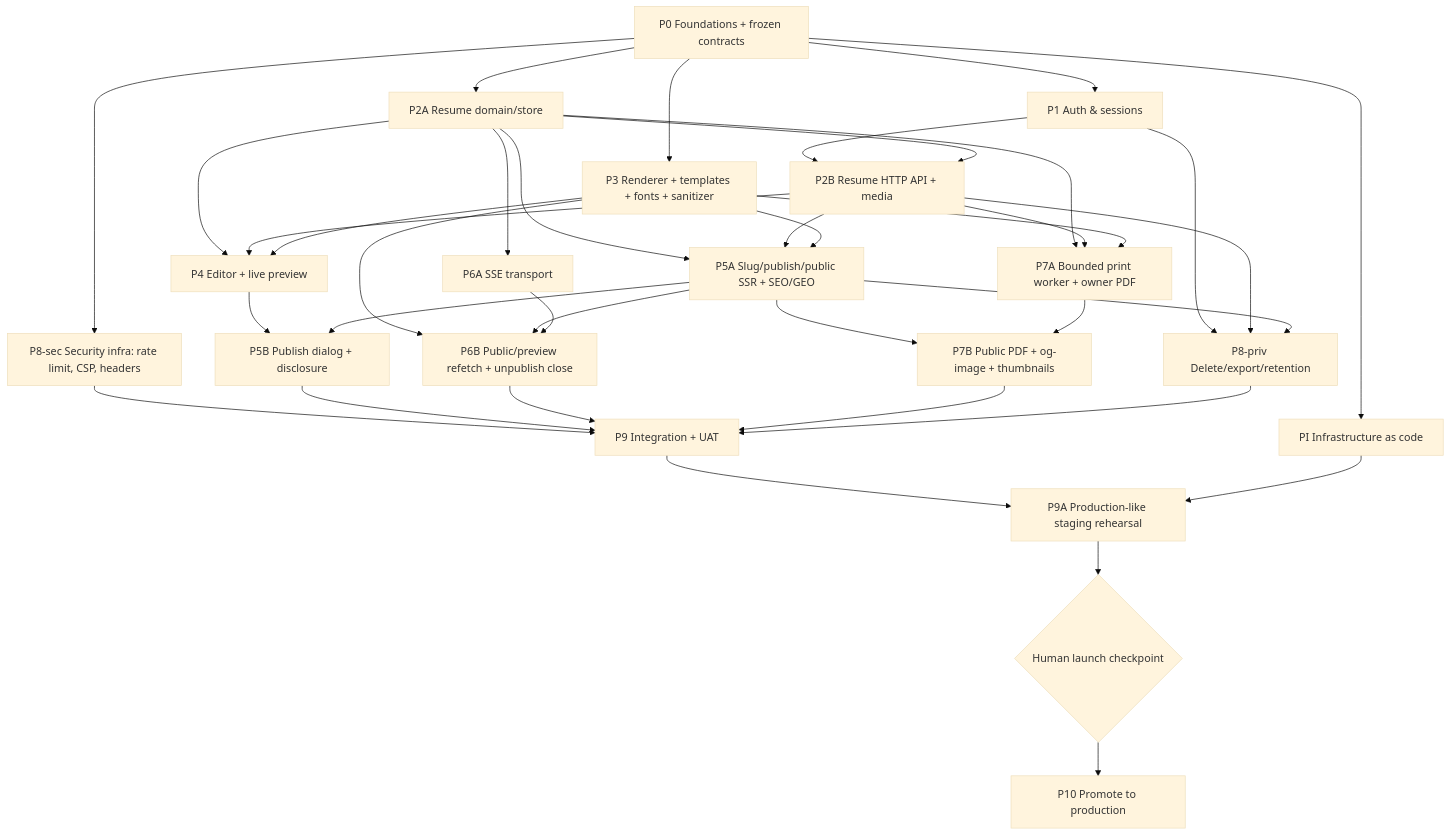
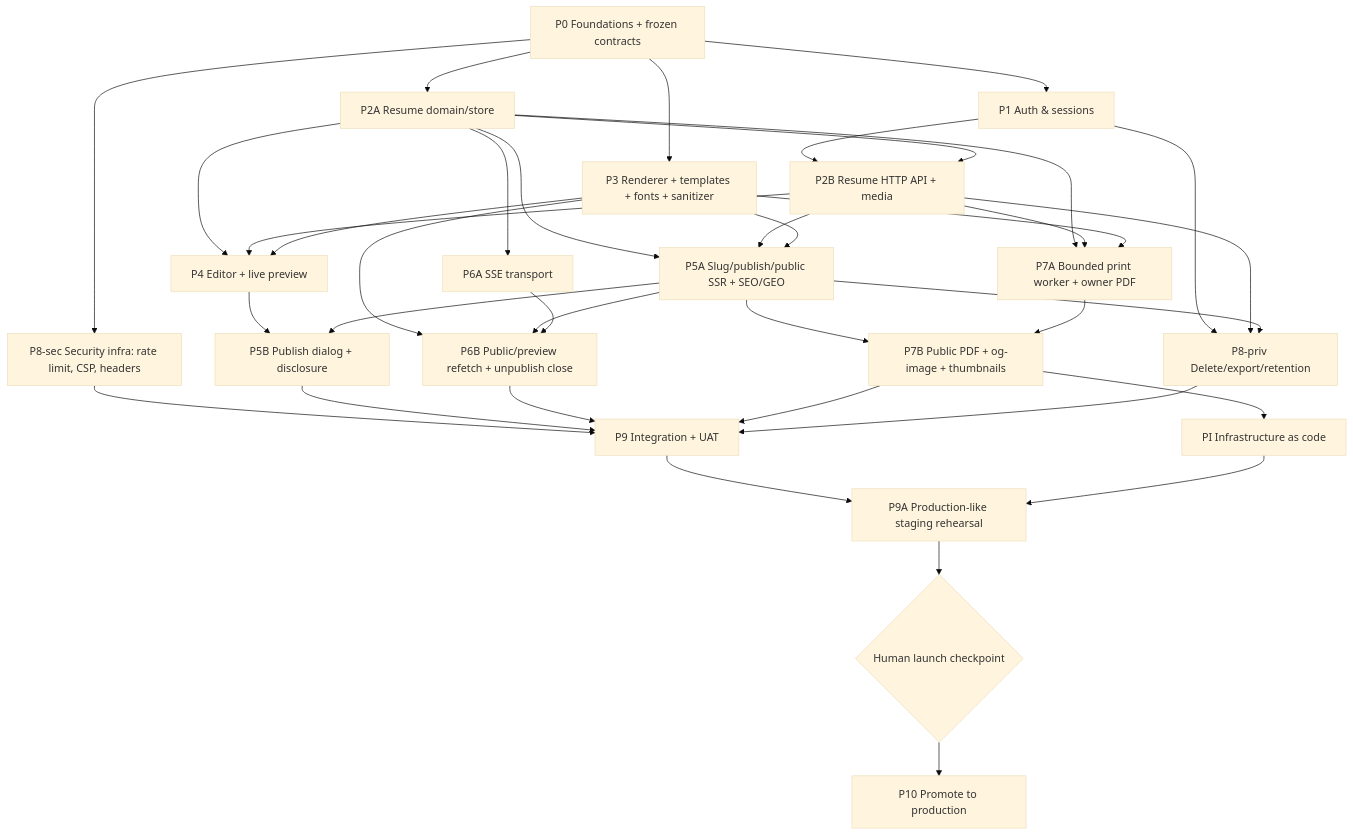
Before and after one commit to dannyota/aboutme: the diagram in docs/plans/implementation-plan.md, drawn with Mermaid (base theme). The commit also changed other lines of this file, not shown here.

First line of the commit message:
docs(plans): resequence PI in the graph, heading and status header

````diff
--- a/docs/plans/implementation-plan.md
+++ b/docs/plans/implementation-plan.md
@@ -110,39 +115,39 @@
 ```mermaid
 graph TD
     P0[P0 Foundations + frozen contracts] --> P1[P1 Auth & sessions]
-    P0 --> PI[PI Infrastructure as code]
     P0 --> P2A[P2A Resume domain/store]
     P1 --> P2B[P2B Resume HTTP API + media]
     P2A --> P2B
     P0 --> P3[P3 Renderer + templates + fonts + sanitizer]
     P2A --> P4[P4 Editor + live preview]
     P2B --> P4
     P3 --> P4
     P2A --> P5A[P5A Slug/publish/public SSR + SEO/GEO]
     P2B --> P5A
     P3 --> P5A
     P4 --> P5B[P5B Publish dialog + disclosure]
     P5A --> P5B
     P2A --> P6A[P6A SSE transport]
     P3 --> P6B[P6B Public/preview refetch + unpublish close]
     P5A --> P6B
     P6A --> P6B
     P2A --> P7A[P7A Bounded print worker + owner PDF]
     P2B --> P7A
     P3 --> P7A
     P5A --> P7B[P7B Public PDF + og-image + thumbnails]
     P7A --> P7B
     P0 --> P8S[P8-sec Security infra: rate limit, CSP, headers]
     P8S --> P9
     P1 --> P8P[P8-priv Delete/export/retention]
     P2B --> P8P
     P5A --> P8P
     P5B --> P9[P9 Integration + UAT]
     P6B --> P9
     P7B --> P9
     P8P --> P9
     P9 --> P9A[P9A Production-like staging rehearsal]
+    P7B --> PI[PI Infrastructure as code]
     PI --> P9A
     P9A --> HC{Human launch checkpoint}
     HC --> P10[P10 Promote to production]
 ```
````
